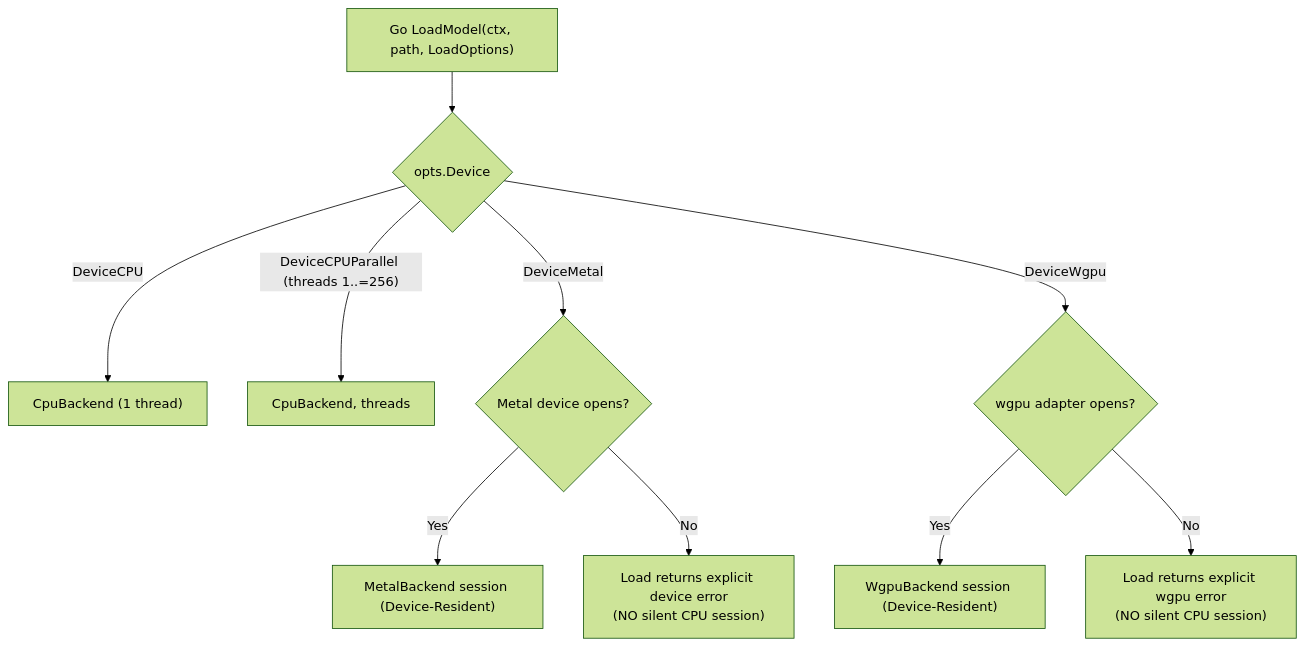
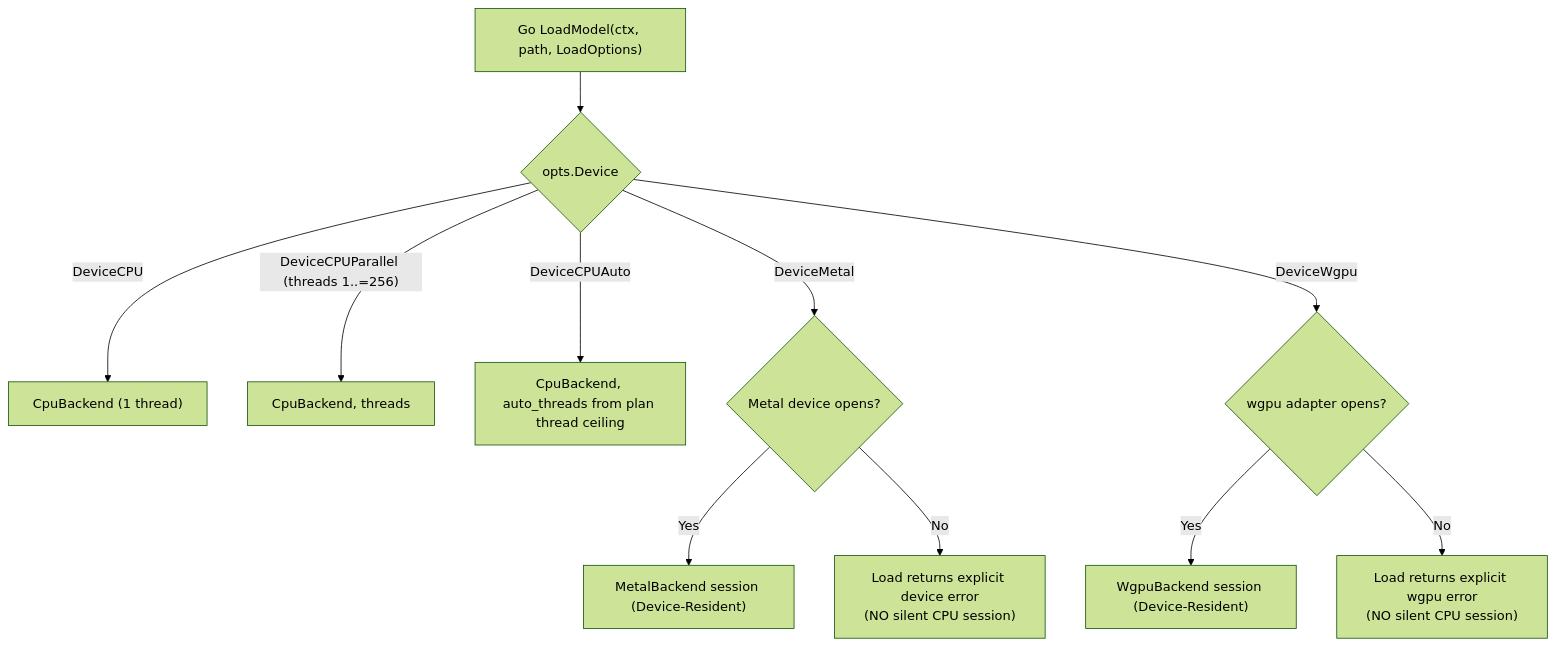
The fifth of 8 diagrams in README.md (bharathvbcr/ojas), drawn with Mermaid (forest theme) before and after one commit. The commit also changed other lines of this file and 93 other files, not shown here.

First line of the commit message:
Harden kernels, backend operations, and benchmarks across CPU, SIMD, and runtime

````diff
--- a/README.md
+++ b/README.md
@@ -209,14 +209,15 @@
 ```mermaid
 flowchart TD
     LoadOn["Go LoadModel(ctx, path, LoadOptions)"] --> Kind{"opts.Device"}
 
     Kind -->|DeviceCPU| CPU["CpuBackend (1 thread)"]
     Kind -->|"DeviceCPUParallel (threads 1..=256)"| CPUP["CpuBackend, threads"]
+    Kind -->|DeviceCPUAuto| CPUA["CpuBackend, auto_threads from plan thread ceiling"]
     Kind -->|DeviceMetal| Metal{"Metal device opens?"}
     Kind -->|DeviceWgpu| Wgpu{"wgpu adapter opens?"}
 
     Metal -->|Yes| MetalB["MetalBackend session (Device-Resident)"]
     Metal -->|No| MetalErr["Load returns explicit device error\n(NO silent CPU session)"]
     Wgpu -->|Yes| WgpuB["WgpuBackend session (Device-Resident)"]
     Wgpu -->|No| WgpuErr["Load returns explicit wgpu error\n(NO silent CPU session)"]
 ```
````
